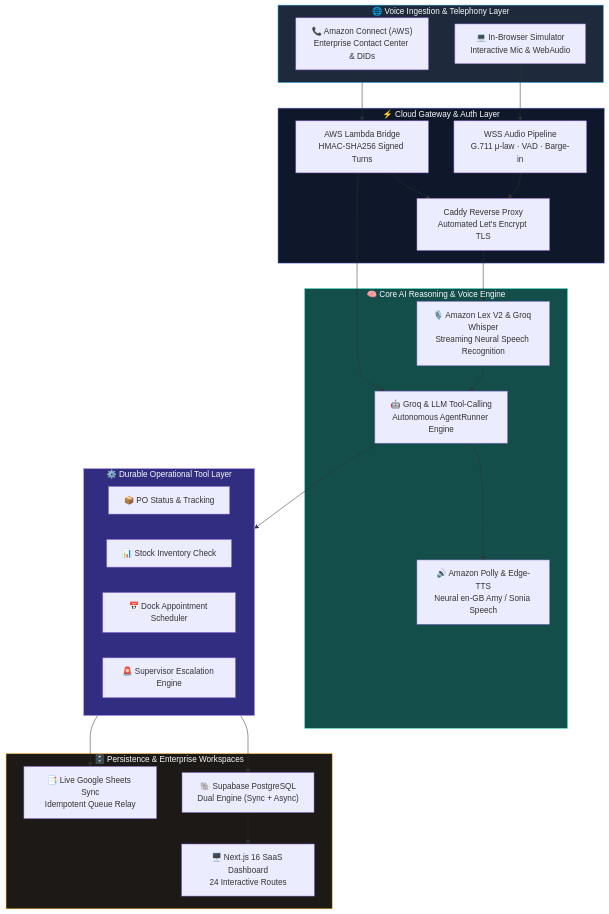
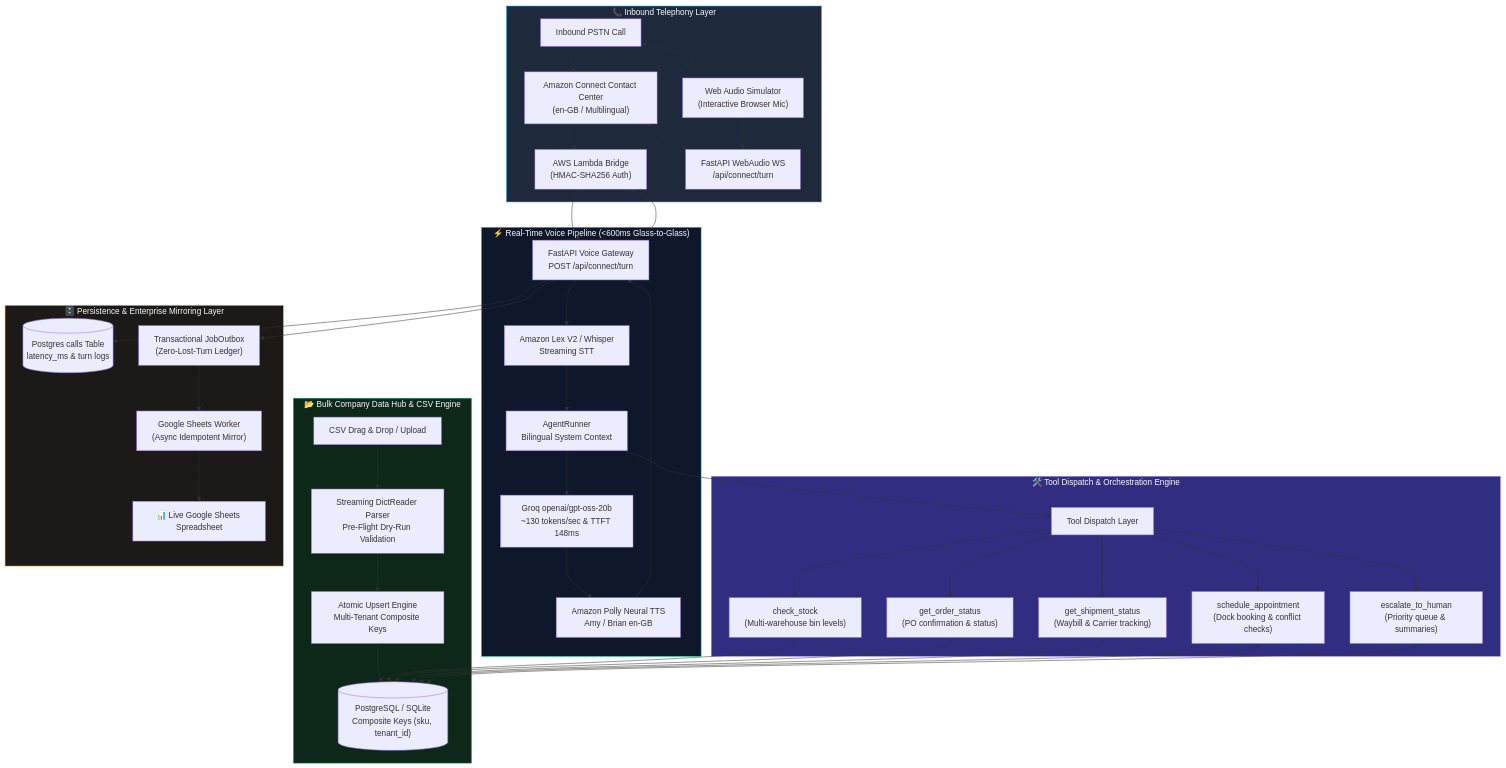
One commit to jeevesh2515/voxflow-voice-agent changed the first of 3 diagrams in README.md. Above: the diagram before and after it, drawn with Mermaid. The commit also changed other lines of this file and 20 other files, not shown here.

Commit message:
feat(data): implement bulk company data ingestion and streaming CSV engine

````diff
--- a/README.md
+++ b/README.md
@@ -99,49 +100,54 @@
 ```mermaid
 flowchart TB
-    subgraph Carriers["🌐 Voice Ingestion & Telephony Layer"]
-        AWS["📞 Amazon Connect (AWS)<br/>Enterprise Contact Center & DIDs"]
-        WEB["💻 In-Browser Simulator<br/>Interactive Mic & WebAudio"]
+    subgraph Telephony["📞 Inbound Telephony Layer"]
+        PSTN["Inbound PSTN Call"] --> Connect["Amazon Connect Contact Center\n(en-GB / Multilingual)"]
+        Connect --> Lambda["AWS Lambda Bridge\n(HMAC-SHA256 Auth)"]
+        WebMic["Web Audio Simulator\n(Interactive Browser Mic)"] --> WebWS["FastAPI WebAudio WS\n/api/connect/turn"]
     end
 
-    subgraph Streaming["⚡ Cloud Gateway & Auth Layer"]
-        LMB["AWS Lambda Bridge<br/>HMAC-SHA256 Signed Turns"]
-        WSS["WSS Audio Pipeline<br/>G.711 μ-law · VAD · Barge-in"]
-        CAD["Caddy Reverse Proxy<br/>Automated Let's Encrypt TLS"]
+    subgraph CoreEngine["⚡ Real-Time Voice Pipeline (<600ms Glass-to-Glass)"]
+        Lambda --> FastAPITurn["FastAPI Voice Gateway\nPOST /api/connect/turn"]
+        FastAPITurn --> LexSTT["Amazon Lex V2 / Whisper\nStreaming STT"]
+        LexSTT --> AgentRunner["AgentRunner\nBilingual System Context"]
+        AgentRunner --> LLMGroq["Groq openai/gpt-oss-20b\n~130 tokens/sec & TTFT 148ms"]
+        LLMGroq --> PollyTTS["Amazon Polly Neural TTS\nAmy / Brian en-GB"]
+        PollyTTS --> FastAPITurn
     end
 
-    subgraph Intelligence["🧠 Core AI Reasoning & Voice Engine"]
-        STT["🎙️ Amazon Lex V2 & Groq Whisper<br/>Streaming Neural Speech Recognition"]
-        LLM["🤖 Groq & LLM Tool-Calling<br/>Autonomous AgentRunner Engine"]
-        TTS["🔊 Amazon Polly & Edge-TTS<br/>Neural en-GB Amy / Sonia Speech"]
+    subgraph DataIngestion["📂 Bulk Company Data Hub & CSV Engine"]
+        CSVUpload["CSV Drag & Drop / Upload"] --> CSVValidator["Streaming DictReader Parser\nPre-Flight Dry-Run Validation"]
+        CSVValidator --> UpsertEngine["Atomic Upsert Engine\nMulti-Tenant Composite Keys"]
+        UpsertEngine --> TenantDB
     end
 
-    subgraph Tools["⚙️ Durable Operational Tool Layer"]
-        T1["📦 PO Status & Tracking"]
-        T2["📊 Stock Inventory Check"]
-        T3["📅 Dock Appointment Scheduler"]
-        T4["🚨 Supervisor Escalation Engine"]
+    subgraph Tools["🛠️ Tool Dispatch & Orchestration Engine"]
+        AgentRunner --> ToolExec["Tool Dispatch Layer"]
+        ToolExec --> CheckStock["check_stock\n(Multi-warehouse bin levels)"]
+        ToolExec --> OrderStatus["get_order_status\n(PO confirmation & status)"]
+        ToolExec --> ShipStatus["get_shipment_status\n(Waybill & Carrier tracking)"]
+        ToolExec --> ScheduleDock["schedule_appointment\n(Dock booking & conflict checks)"]
+        ToolExec --> Escalations["escalate_to_human\n(Priority queue & summaries)"]
     end
 
-    subgraph Storage["🗄️ Persistence & Enterprise Workspaces"]
-        PG["🐘 Supabase PostgreSQL<br/>Dual Engine (Sync + Async)"]
-        GS["📑 Live Google Sheets Sync<br/>Idempotent Queue Relay"]
-        DASH["🖥️ Next.js 16 SaaS Dashboard<br/>24 Interactive Routes"]
+    subgraph Storage["🗄️ Persistence & Enterprise Mirroring Layer"]
+        CheckStock --> TenantDB[("PostgreSQL / SQLite\nComposite Keys (sku, tenant_id)")]
+        OrderStatus --> TenantDB
+        ShipStatus --> TenantDB
+        ScheduleDock --> TenantDB
+        Escalations --> TenantDB
+        FastAPITurn --> PostgresCalls[("Postgres calls Table\nlatency_ms & turn logs")]
+        FastAPITurn --> OutboxQueue["Transactional JobOutbox\n(Zero-Lost-Turn Ledger)"]
+        OutboxQueue --> SheetsWorker["Google Sheets Worker\n(Async Idempotent Mirror)"]
+        SheetsWorker --> GSheets["📊 Live Google Sheets Spreadsheet"]
     end
 
-    AWS --> LMB --> CAD
-    WEB --> WSS --> CAD
+    FastAPITurn --> Lambda
+    Lambda --> Connect
+    Connect --> PSTN
 
-    CAD --> STT --> LLM --> TTS
-    LMB --> LLM
-    LLM --> Tools
-
-    Tools --> PG
-    Tools --> GS
-    PG --> DASH
-
-    style Carriers fill:#1E293B,stroke:#38BDF8,color:#F8FAFC
-    style Streaming fill:#0F172A,stroke:#818CF8,color:#F8FAFC
-    style Intelligence fill:#134E4A,stroke:#2DD4BF,color:#F8FAFC
+    style Telephony fill:#1E293B,stroke:#0284C7,color:#F8FAFC
+    style CoreEngine fill:#0F172A,stroke:#10B981,color:#F8FAFC
+    style DataIngestion fill:#0D2818,stroke:#059669,color:#F8FAFC
     style Tools fill:#312E81,stroke:#A78BFA,color:#F8FAFC
     style Storage fill:#1C1917,stroke:#F59E0B,color:#F8FAFC
 ```
````
